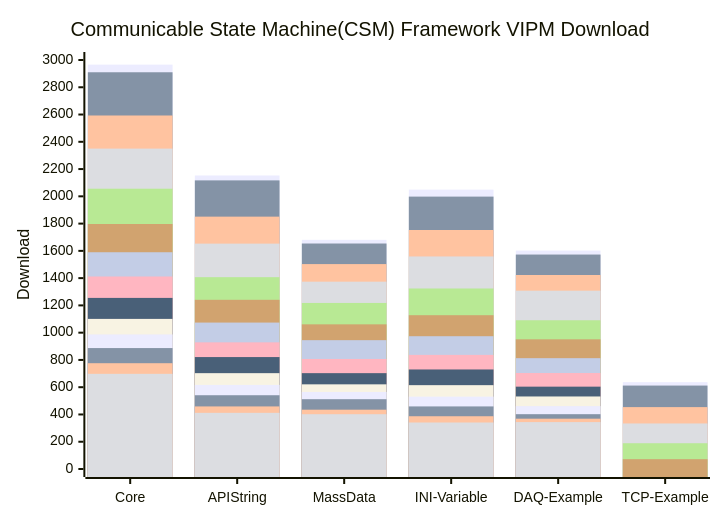
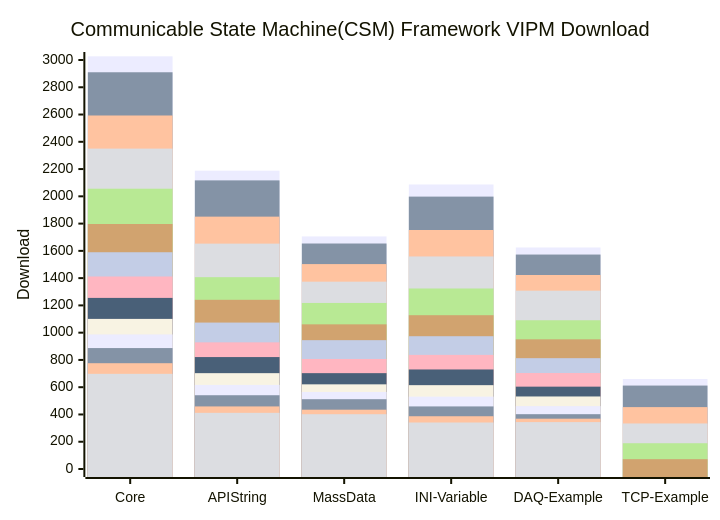
The diagram in profile/README.md (NEVSTOP-LAB/.github), drawn with Mermaid before and after one commit.

````diff
--- a/profile/README.md
+++ b/profile/README.md
@@ -31,20 +31,20 @@
 ```mermaid
     xychart-beta
     title "Communicable State Machine(CSM) Framework VIPM Download"
     x-axis [Core, API String, MassData, INI-Variable, DAQ-Example, TCP-Example]
     y-axis "Download" 0 --> 3000
-    bar   [2966, 2153, 1681, 2049, 1602, 637]
+    bar   [3027, 2188, 1706, 2087, 1625, 660]
     bar   [2910, 2117, 1654, 1998, 1573, 612]
     bar   [2593, 1851, 1503, 1753, 1423, 454]
     bar   [2350, 1653, 1374, 1559, 1308, 334]
     bar   [2056, 1407, 1218, 1324, 1091, 189]
     bar   [1797, 1241, 1061, 1128, 951, 72]
     bar   [1590, 1074, 945, 974, 813]
     bar   [1412, 929, 807, 837, 704]
     bar   [1255, 821, 703, 730, 604]
     bar   [1101, 703, 621, 615, 532]
     bar   [987, 617, 565, 531, 461]
     bar   [887, 541, 512, 459, 402]
     bar   [776, 459, 435, 387, 369]
     bar   [698, 412, 402, 341, 344]
 ```
````
